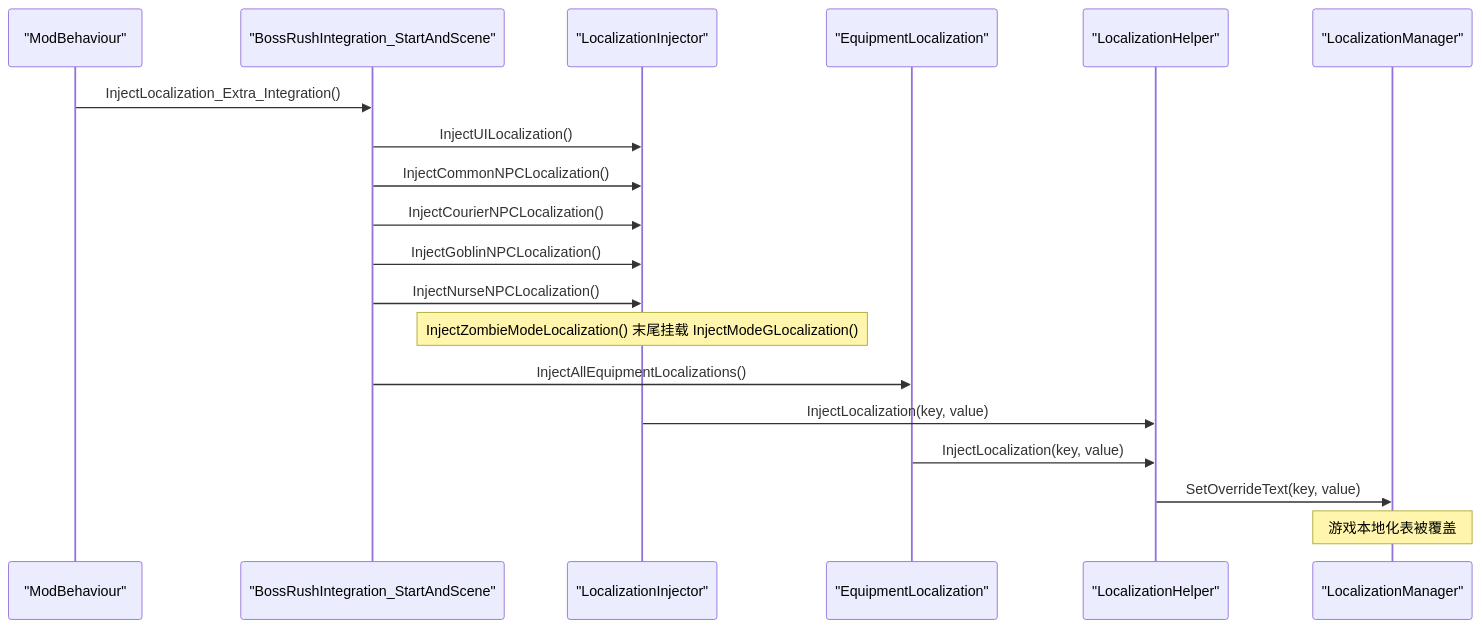
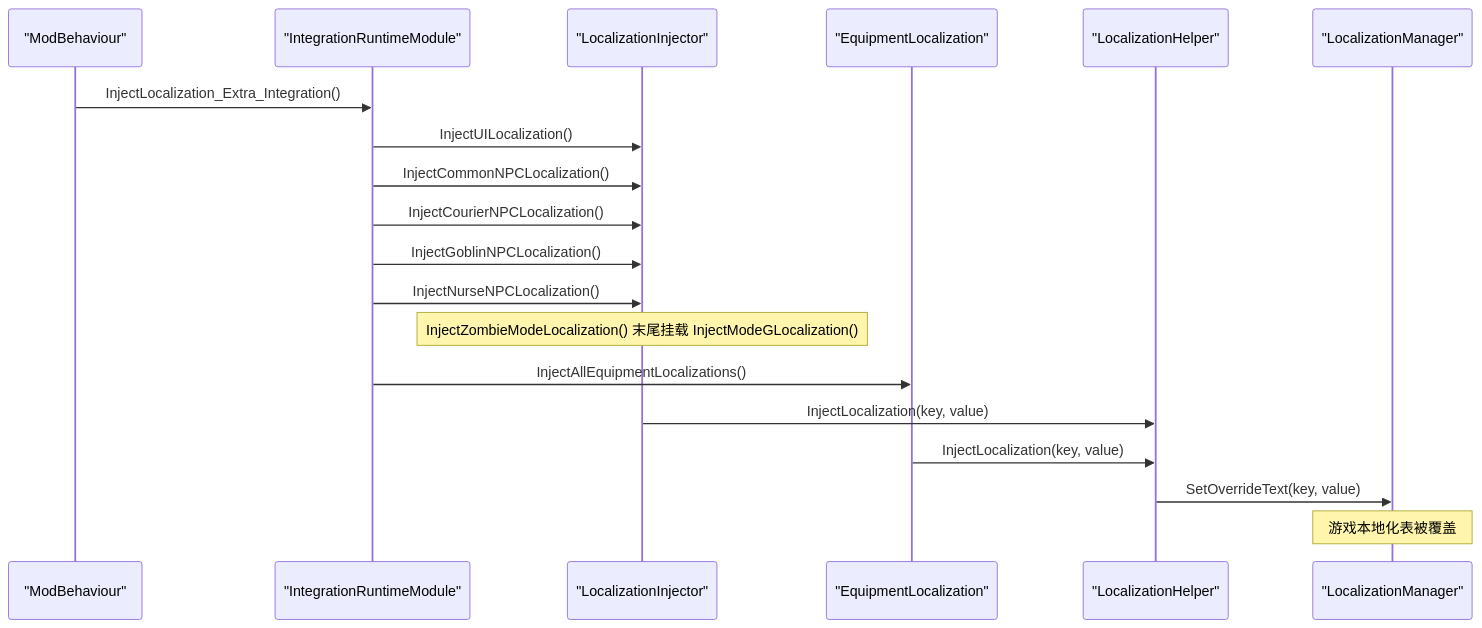
Before and after one commit to GASEN1216/BossRushMod: the second of 9 diagrams in .qoder/repowiki/zh/content/用户界面与本地化/本地化系统.md, drawn with Mermaid. The commit also changed other lines of this file and 48 other files, not shown here.

````diff
--- a/.qoder/repowiki/zh/content/用户界面与本地化/本地化系统.md
+++ b/.qoder/repowiki/zh/content/用户界面与本地化/本地化系统.md
@@ -80,21 +81,21 @@
 ```mermaid
 sequenceDiagram
 participant MB as "ModBehaviour"
-participant BS as "BossRushIntegration_StartAndScene"
+participant BS as "IntegrationRuntimeModule"
 participant LI as "LocalizationInjector"
 participant EL as "EquipmentLocalization"
 participant LH as "LocalizationHelper"
 participant LM as "LocalizationManager"
 MB->>BS : InjectLocalization_Extra_Integration()
 BS->>LI : InjectUILocalization()
 BS->>LI : InjectCommonNPCLocalization()
 BS->>LI : InjectCourierNPCLocalization()
 BS->>LI : InjectGoblinNPCLocalization()
 BS->>LI : InjectNurseNPCLocalization()
 Note over LI : InjectZombieModeLocalization() 末尾挂载 InjectModeGLocalization()
 BS->>EL : InjectAllEquipmentLocalizations()
 LI->>LH : InjectLocalization(key, value)
 EL->>LH : InjectLocalization(key, value)
 LH->>LM : SetOverrideText(key, value)
 Note over LM : 游戏本地化表被覆盖
 ```
````
